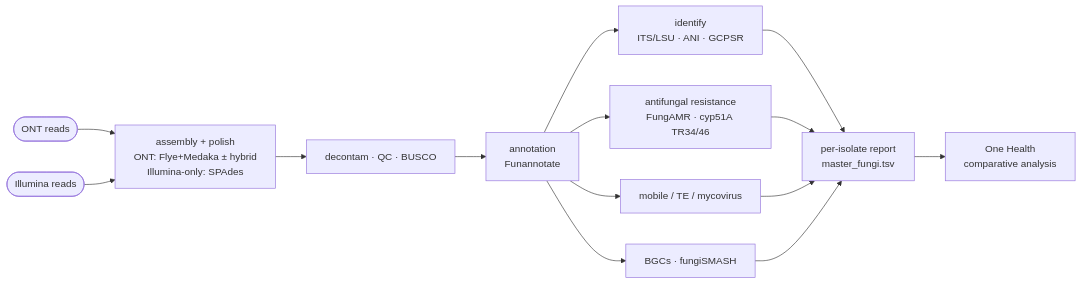
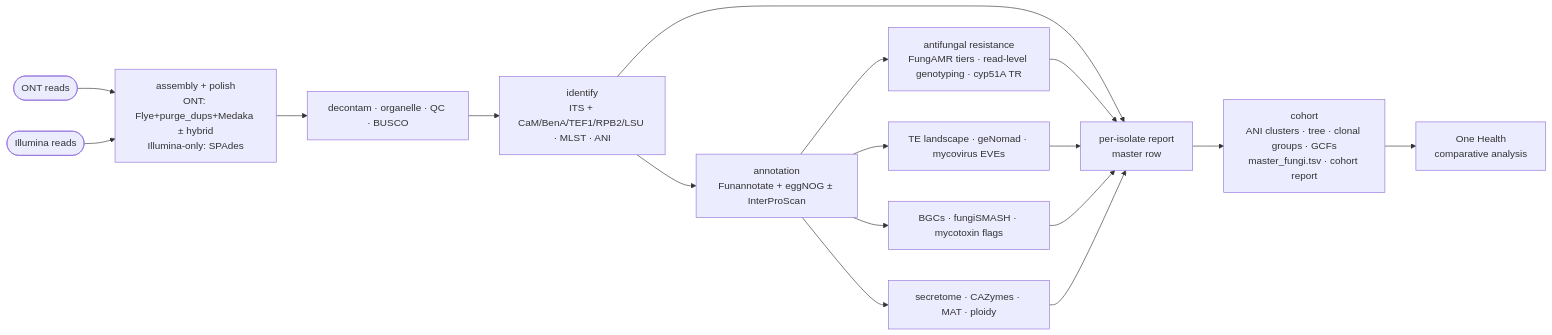
Before and after one commit to aduton1000/fungiforge: the diagram in README.md, drawn with Mermaid. The commit also changed 1 other file, not shown here.

Commit message:
docs: stage table and pipeline diagram cover every v0.2 stage (02c, 04b, 05b, 07a-c, 08b, 16, 17)

````diff
--- a/README.md
+++ b/README.md
@@ -23,16 +23,19 @@
 ```mermaid
 flowchart LR
   ONT([ONT reads]) --> ASM
   ILMN([Illumina reads]) --> ASM
-  ASM[assembly + polish<br/>ONT: Flye+Medaka ± hybrid<br/>Illumina-only: SPAdes] --> QC[decontam · QC · BUSCO]
-  QC --> ANN[annotation<br/>Funannotate]
-  ANN --> ID[identify<br/>ITS/LSU · ANI · GCPSR]
-  ANN --> AMR[antifungal resistance<br/>FungAMR · cyp51A TR34/46]
-  ANN --> MGE[mobile / TE / mycovirus]
-  ANN --> BGC[BGCs · fungiSMASH]
-  ID --> REP[per-isolate report<br/>master_fungi.tsv]
+  ASM[assembly + polish<br/>ONT: Flye+purge_dups+Medaka ± hybrid<br/>Illumina-only: SPAdes] --> QC[decontam · organelle · QC · BUSCO]
+  QC --> ID[identify<br/>ITS + CaM/BenA/TEF1/RPB2/LSU · MLST · ANI]
+  ID --> ANN[annotation<br/>Funannotate + eggNOG ± InterProScan]
+  ANN --> AMR[antifungal resistance<br/>FungAMR tiers · read-level genotyping · cyp51A TR]
+  ANN --> MGE[TE landscape · geNomad · mycovirus EVEs]
+  ANN --> BGC[BGCs · fungiSMASH · mycotoxin flags]
+  ANN --> EXT[secretome · CAZymes · MAT · ploidy]
+  ID --> REP[per-isolate report<br/>master row]
   AMR --> REP
   MGE --> REP
   BGC --> REP
-  REP --> OH[One Health<br/>comparative analysis]
+  EXT --> REP
+  REP --> COH[cohort<br/>ANI clusters · tree · clonal groups · GCFs<br/>master_fungi.tsv · cohort report]
+  COH --> OH[One Health<br/>comparative analysis]
 ```
````
